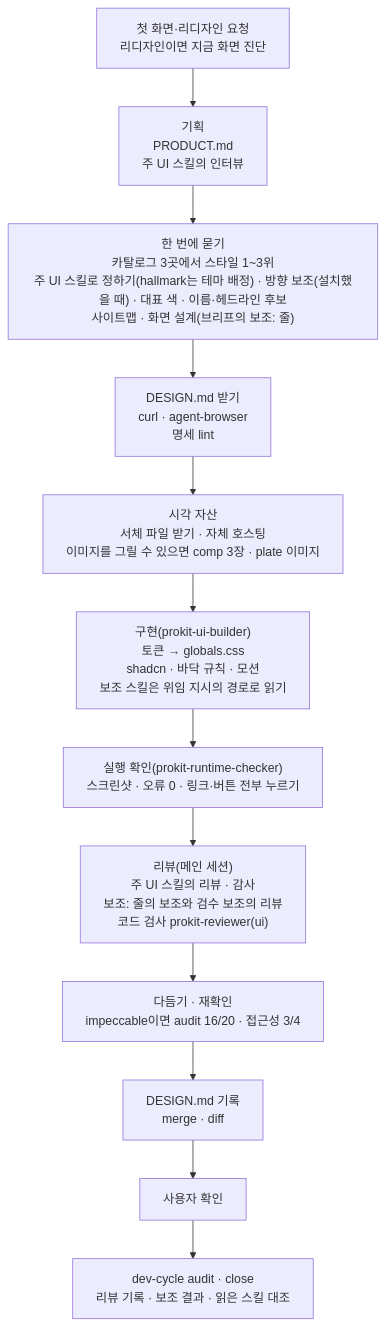
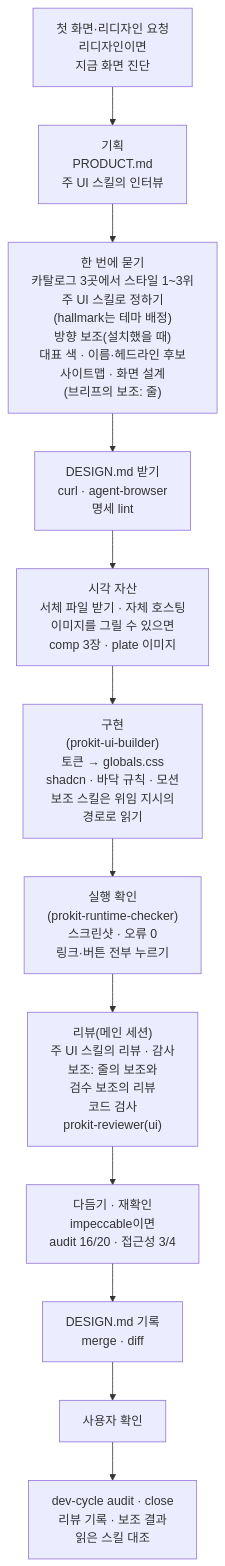
Before and after one commit to roadkwon-ai/pro-kit: the first of 6 diagrams in handbook/design/ui-flow.md, drawn with Mermaid. The commit also changed other lines of this file and 26 other files, not shown here.

````diff
--- a/handbook/design/ui-flow.md
+++ b/handbook/design/ui-flow.md
@@ -25,19 +25,19 @@
 ```mermaid
 ---
 config:
   flowchart:
-    wrappingWidth: 420
+    wrappingWidth: 230
 ---
 flowchart TB
-  R["첫 화면·리디자인 요청<br/>리디자인이면 지금 화면 진단"] --> I["기획<br/>PRODUCT.md<br/>주 UI 스킬의 인터뷰"]
-  I --> Q["한 번에 묻기<br/>카탈로그 3곳에서 스타일 1~3위<br/>주 UI 스킬로 정하기(hallmark는 테마 배정) · 방향 보조(설치했을 때) · 대표 색 · 이름·헤드라인 후보<br/>사이트맵 · 화면 설계(브리프의 보조: 줄)"]
+  R["첫 화면·리디자인 요청<br/>리디자인이면<br/>지금 화면 진단"] --> I["기획<br/>PRODUCT.md<br/>주 UI 스킬의 인터뷰"]
+  I --> Q["한 번에 묻기<br/>카탈로그 3곳에서 스타일 1~3위<br/>주 UI 스킬로 정하기<br/>(hallmark는 테마 배정)<br/>방향 보조(설치했을 때)<br/>대표 색 · 이름·헤드라인 후보<br/>사이트맵 · 화면 설계<br/>(브리프의 보조: 줄)"]
   Q --> D["DESIGN.md 받기<br/>curl · agent-browser<br/>명세 lint"]
-  D --> A["시각 자산<br/>서체 파일 받기 · 자체 호스팅<br/>이미지를 그릴 수 있으면 comp 3장 · plate 이미지"]
-  A --> C["구현(prokit-ui-builder)<br/>토큰 → globals.css<br/>shadcn · 바닥 규칙 · 모션<br/>보조 스킬은 위임 지시의 경로로 읽기"]
-  C --> X["실행 확인(prokit-runtime-checker)<br/>스크린샷 · 오류 0 · 링크·버튼 전부 누르기"]
-  X --> V["리뷰(메인 세션)<br/>주 UI 스킬의 리뷰 · 감사<br/>보조: 줄의 보조와 검수 보조의 리뷰<br/>코드 검사 prokit-reviewer(ui)"]
-  V --> P["다듬기 · 재확인<br/>impeccable이면 audit 16/20 · 접근성 3/4"]
+  D --> A["시각 자산<br/>서체 파일 받기 · 자체 호스팅<br/>이미지를 그릴 수 있으면<br/>comp 3장 · plate 이미지"]
+  A --> C["구현<br/>(prokit-ui-builder)<br/>토큰 → globals.css<br/>shadcn · 바닥 규칙 · 모션<br/>보조 스킬은 위임 지시의<br/>경로로 읽기"]
+  C --> X["실행 확인<br/>(prokit-runtime-checker)<br/>스크린샷 · 오류 0<br/>링크·버튼 전부 누르기"]
+  X --> V["리뷰(메인 세션)<br/>주 UI 스킬의 리뷰 · 감사<br/>보조: 줄의 보조와<br/>검수 보조의 리뷰<br/>코드 검사<br/>prokit-reviewer(ui)"]
+  V --> P["다듬기 · 재확인<br/>impeccable이면<br/>audit 16/20 · 접근성 3/4"]
   P --> M["DESIGN.md 기록<br/>merge · diff"]
   M --> U["사용자 확인"]
-  U --> AU["dev-cycle audit · close<br/>리뷰 기록 · 보조 결과 · 읽은 스킬 대조"]
+  U --> AU["dev-cycle audit · close<br/>리뷰 기록 · 보조 결과<br/>읽은 스킬 대조"]
 ```
````
